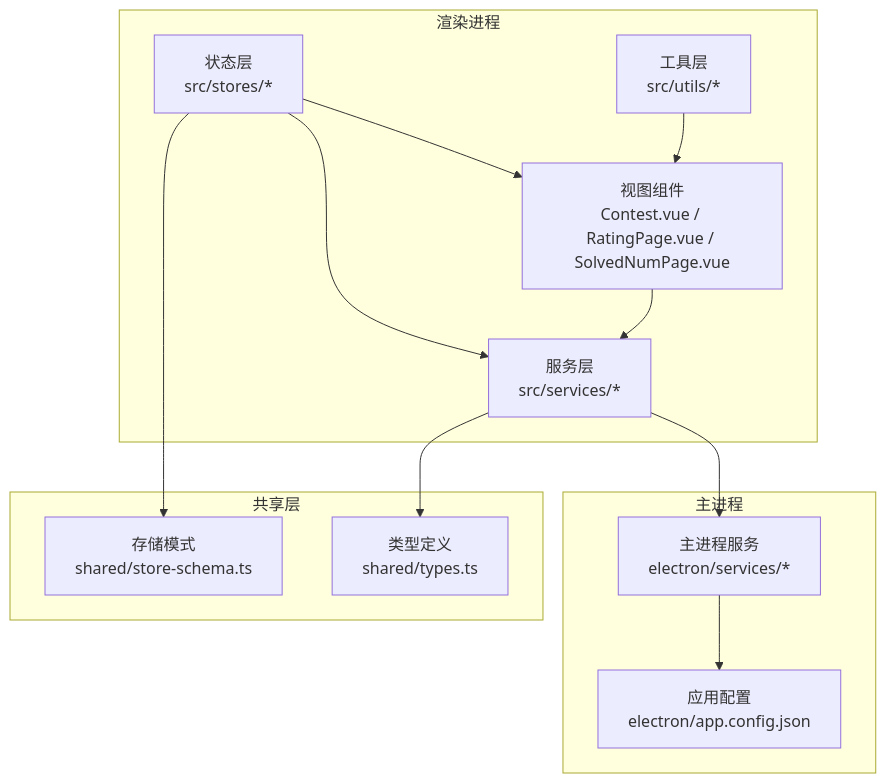
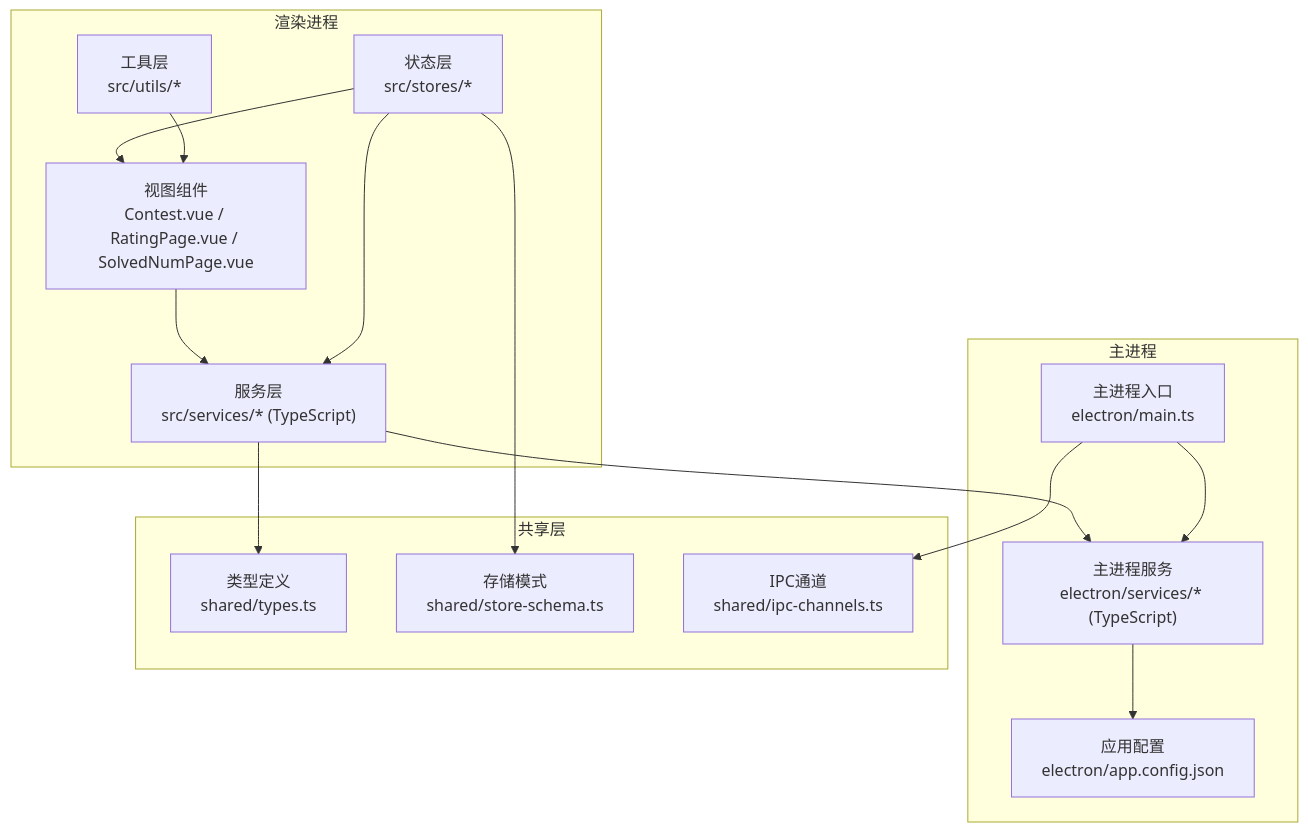
The first of 7 diagrams in .qoder/repowiki/zh/content/核心功能模块/核心功能模块.md (Siborne/OJFlow), drawn with Mermaid before and after one commit. The commit also changed other lines of this file and 12 other files, not shown here.

````diff
--- a/.qoder/repowiki/zh/content/核心功能模块/核心功能模块.md
+++ b/.qoder/repowiki/zh/content/核心功能模块/核心功能模块.md
@@ -41,25 +51,29 @@
 ```mermaid
 graph TB
 subgraph "渲染进程"
 Views["视图组件<br/>Contest.vue / RatingPage.vue / SolvedNumPage.vue"]
-Services["服务层<br/>src/services/*"]
+Services["服务层<br/>src/services/* (TypeScript)"]
 Stores["状态层<br/>src/stores/*"]
 Utils["工具层<br/>src/utils/*"]
 end
 subgraph "主进程"
-MainServices["主进程服务<br/>electron/services/*"]
+MainServices["主进程服务<br/>electron/services/* (TypeScript)"]
+Main["主进程入口<br/>electron/main.ts"]
 Config["应用配置<br/>electron/app.config.json"]
 end
 subgraph "共享层"
 Types["类型定义<br/>shared/types.ts"]
 StoreSchema["存储模式<br/>shared/store-schema.ts"]
+IPC["IPC通道<br/>shared/ipc-channels.ts"]
 end
 Views --> Services
 Services --> MainServices
 Services --> Types
 Stores --> Views
 Stores --> Services
 Stores --> StoreSchema
 Utils --> Views
 MainServices --> Config
+Main --> IPC
+Main --> MainServices
 ```
````
